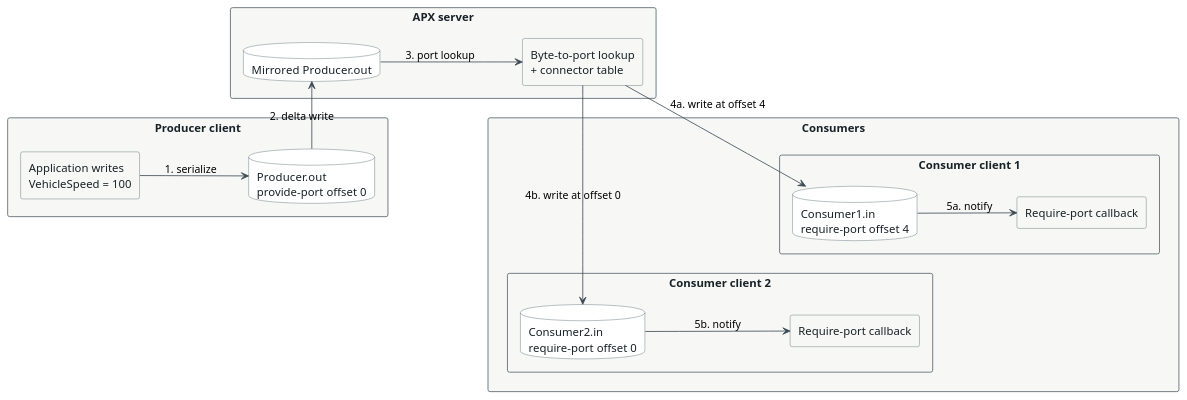
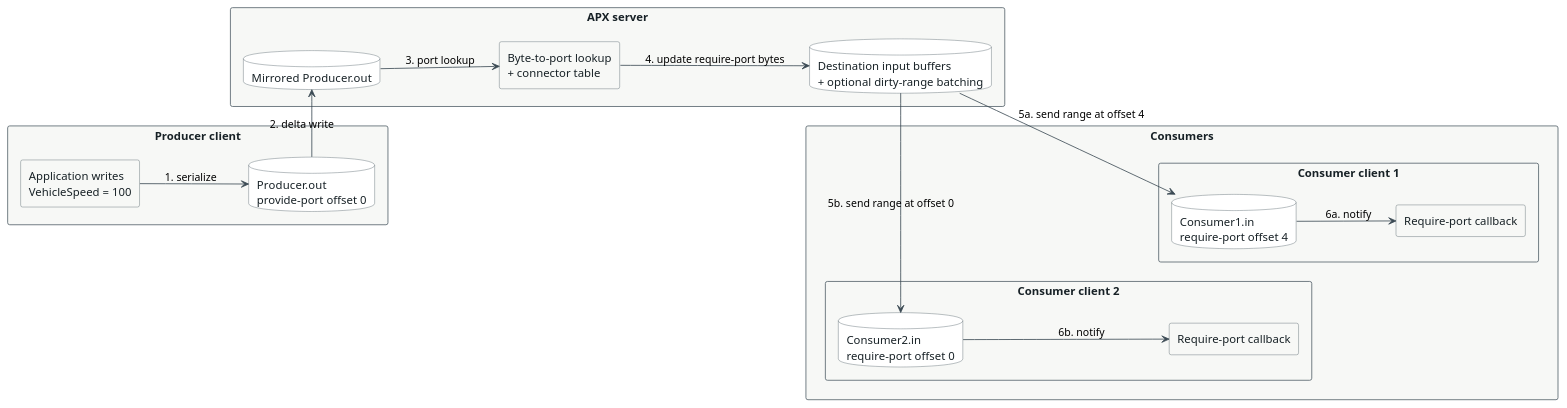
One commit to cogu/apx changed the diagram in diagrams/session-value-update.puml. Above: the diagram before and after it, drawn with PlantUML. The commit also changed 7 other files, not shown here.

```diff
--- a/diagrams/session-value-update.puml
+++ b/diagrams/session-value-update.puml
@@ -1,49 +1,51 @@
 @startuml
 left to right direction
 skinparam backgroundColor transparent
 skinparam shadowing false
 skinparam defaultFontName sans-serif
 skinparam rectangle {
   BackgroundColor #F7F8F6
   BorderColor #53616A
   FontColor #172126
 }
 skinparam database {
   BackgroundColor #FFFFFF
   BorderColor #53616A
   FontColor #172126
 }
 skinparam ArrowColor #3B4A54
 
 rectangle "Producer client" as producer {
   rectangle "Application writes\nVehicleSpeed = 100" as write
   database "Producer.out\nprovide-port offset 0" as out
 }
 
 rectangle "APX server" as server {
   database "Mirrored Producer.out" as mirror
   rectangle "Byte-to-port lookup\n+ connector table" as route
+  database "Destination input buffers\n+ optional dirty-range batching" as destinations
 }
 
 rectangle "Consumers" as consumers {
   rectangle "Consumer client 1" as consumer1 {
     database "Consumer1.in\nrequire-port offset 4" as consumer1in
     rectangle "Require-port callback" as callback1
   }
 
   rectangle "Consumer client 2" as consumer2 {
     database "Consumer2.in\nrequire-port offset 0" as consumer2in
     rectangle "Require-port callback" as callback2
   }
 
   consumer2in -[hidden]down-> consumer1in
 }
 
 write --> out : 1. serialize
 out -right-> mirror : 2. delta write
 mirror --> route : 3. port lookup
-route -right-> consumer1in : 4a. write at offset 4
-route -right-> consumer2in : 4b. write at offset 0
-consumer1in --> callback1 : 5a. notify
-consumer2in --> callback2 : 5b. notify
+route --> destinations : 4. update require-port bytes
+destinations -right-> consumer1in : 5a. send range at offset 4
+destinations -right-> consumer2in : 5b. send range at offset 0
+consumer1in --> callback1 : 6a. notify
+consumer2in --> callback2 : 6b. notify
 @enduml
```
